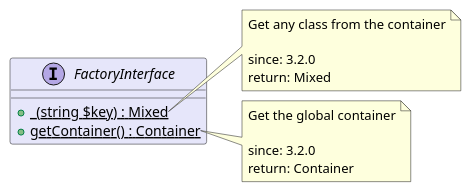
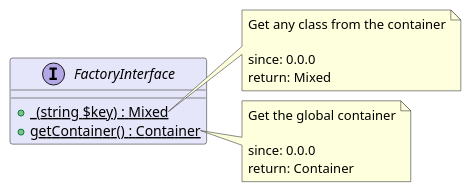
One commit to joomengine/super-powers changed the diagram in src/caf33c5d-858c-4f9a-894f-ab302ec5445a/README.md. Above: the diagram before and after it, drawn with PlantUML. The commit also changed 48 other files, not shown here.

````diff
--- a/src/caf33c5d-858c-4f9a-894f-ab302ec5445a/README.md
+++ b/src/caf33c5d-858c-4f9a-894f-ab302ec5445a/README.md
@@ -12,23 +12,23 @@
 ```uml
 @startuml
 interface FactoryInterface  #Lavender {
   + {static} _(string $key) : Mixed
   + {static} getContainer() : Container
 }
 
 note right of FactoryInterface::_
   Get any class from the container
 
-  since: 3.2.0
+  since: 0.0.0
   return: Mixed
 end note
 
 note right of FactoryInterface::getContainer
   Get the global container
 
-  since: 3.2.0
+  since: 0.0.0
   return: Container
 end note
  
 @enduml
 ```
````
